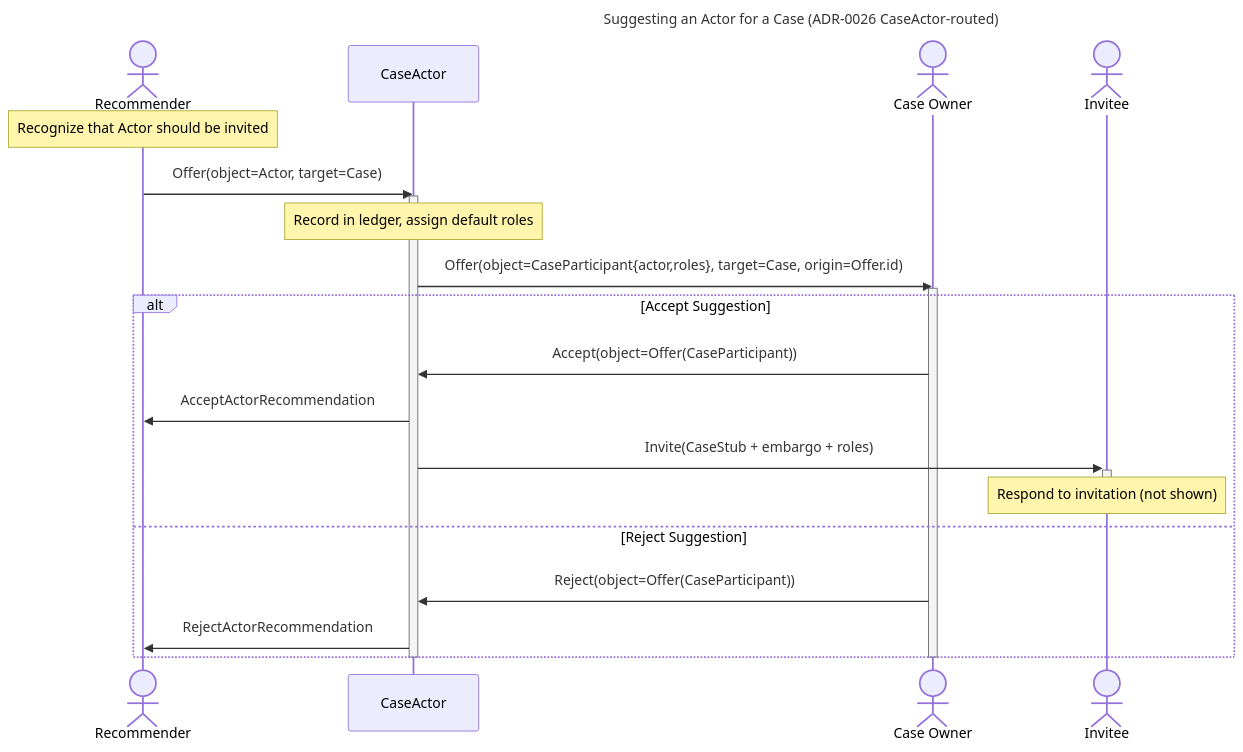
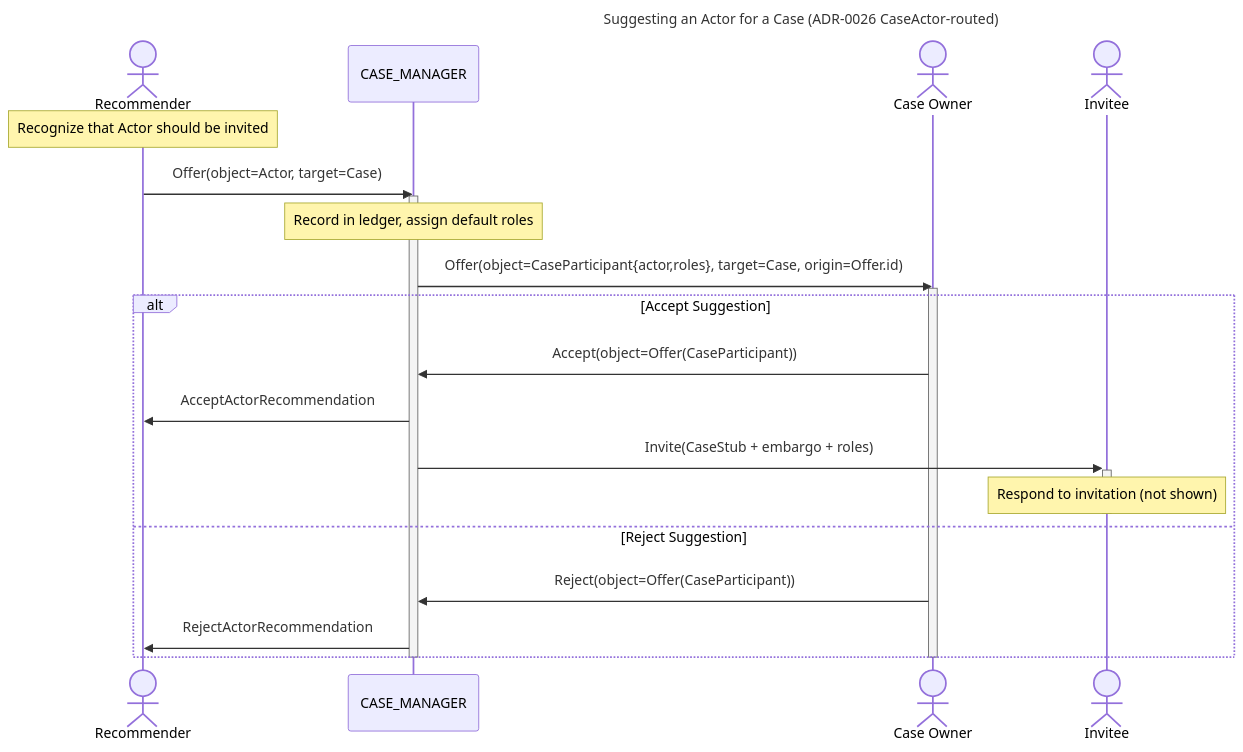
One commit to CERTCC/Vultron changed the diagram in docs/howto/activitypub/activities/suggest_actor.md. Above: the diagram before and after it, drawn with Mermaid. The commit also changed other lines of this file and 10 other files, not shown here.

````diff
--- a/docs/howto/activitypub/activities/suggest_actor.md
+++ b/docs/howto/activitypub/activities/suggest_actor.md
@@ -45,28 +45,28 @@
 ```mermaid
 ---
 title: Suggesting an Actor for a Case (ADR-0026 CaseActor-routed)
 ---
 sequenceDiagram
     actor A as Recommender
-    participant CA as CaseActor
+    participant CA as CASE_MANAGER
     actor B as Case Owner
     actor D as Invitee
     Note over A: Recognize that Actor should be invited
     A ->> CA: Offer(object=Actor, target=Case)
     activate CA
     Note over CA: Record in ledger, assign default roles
     CA ->> B: Offer(object=CaseParticipant{actor,roles}, target=Case, origin=Offer.id)
     activate B
     alt Accept Suggestion
         B ->> CA: Accept(object=Offer(CaseParticipant))
         CA ->> A: AcceptActorRecommendation
         CA ->>+ D: Invite(CaseStub + embargo + roles)
         note over D: Respond to invitation (not shown)
         deactivate D
     else Reject Suggestion
         B ->> CA: Reject(object=Offer(CaseParticipant))
         CA ->> A: RejectActorRecommendation
     end
     deactivate B
     deactivate CA
 ```
````
